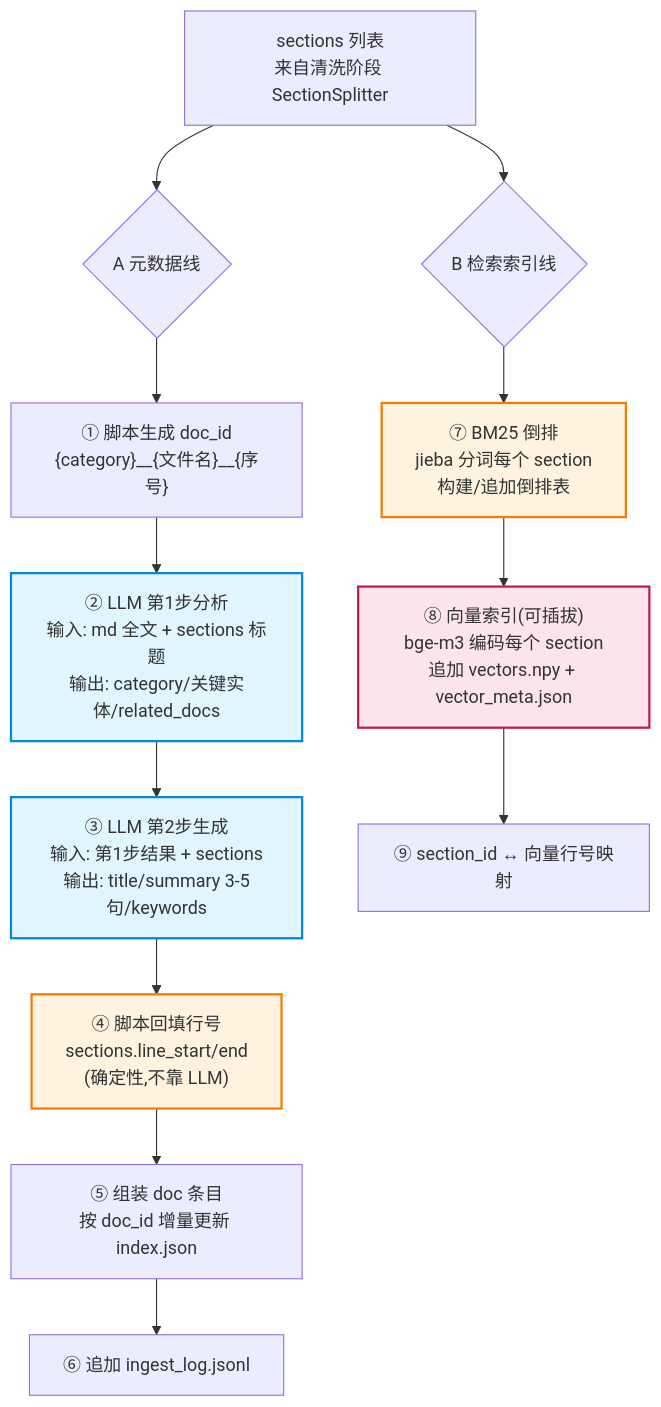
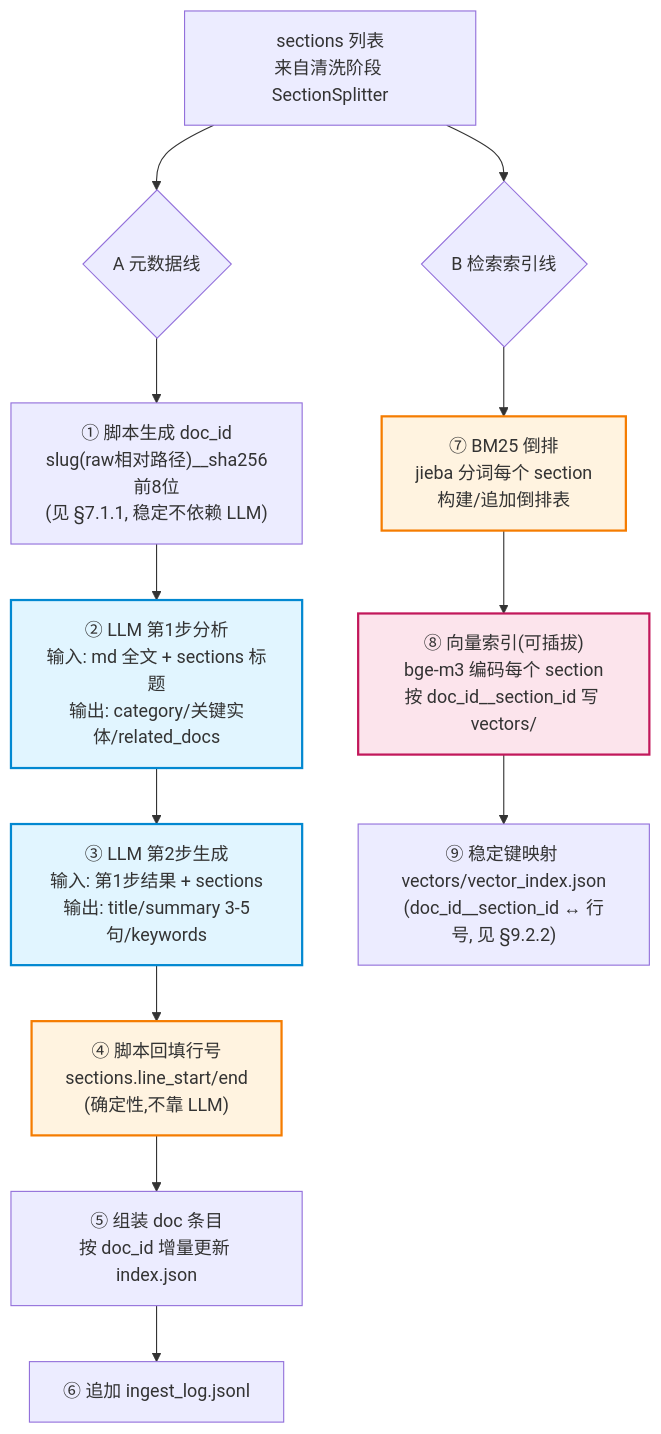
One commit to Laughingtt/kb-retrieval-sys changed the fifth of 8 diagrams in docs/superpowers/specs/2026-07-30-p0-self-updating-kb-platform-design.md. Above: the diagram before and after it, drawn with Mermaid. The commit also changed other lines of this file and 2 other files, not shown here.

````diff
--- a/docs/superpowers/specs/2026-07-30-p0-self-updating-kb-platform-design.md
+++ b/docs/superpowers/specs/2026-07-30-p0-self-updating-kb-platform-design.md
@@ -458,23 +519,23 @@
 ```mermaid
 flowchart TD
     SEC[sections 列表<br/>来自清洗阶段 SectionSplitter]
     SEC --> A{A 元数据线}
     SEC --> B{B 检索索引线}
 
-    A --> A1["① 脚本生成 doc_id<br/>{category}__{文件名}__{序号}"]
+    A --> A1["① 脚本生成 doc_id<br/>slug(raw相对路径)__sha256前8位<br/>(见 §7.1.1, 稳定不依赖 LLM)"]
     A1 --> A2["② LLM 第1步分析<br/>输入: md 全文 + sections 标题<br/>输出: category/关键实体/related_docs"]
     A2 --> A3["③ LLM 第2步生成<br/>输入: 第1步结果 + sections<br/>输出: title/summary 3-5句/keywords"]
     A3 --> A4["④ 脚本回填行号<br/>sections.line_start/end<br/>(确定性,不靠 LLM)"]
     A4 --> A5["⑤ 组装 doc 条目<br/>按 doc_id 增量更新 index.json"]
     A5 --> A6["⑥ 追加 ingest_log.jsonl"]
 
     B --> B1["⑦ BM25 倒排<br/>jieba 分词每个 section<br/>构建/追加倒排表"]
-    B1 --> B2["⑧ 向量索引(可插拔)<br/>bge-m3 编码每个 section<br/>追加 vectors.npy + vector_meta.json"]
-    B2 --> B3["⑨ section_id ↔ 向量行号映射"]
+    B1 --> B2["⑧ 向量索引(可插拔)<br/>bge-m3 编码每个 section<br/>按 doc_id__section_id 写 vectors/"]
+    B2 --> B3["⑨ 稳定键映射 vectors/vector_index.json<br/>(doc_id__section_id ↔ 行号, 见 §9.2.2)"]
 
     style A2 fill:#e1f5ff,stroke:#0288d1,stroke-width:2px
     style A3 fill:#e1f5ff,stroke:#0288d1,stroke-width:2px
     style A4 fill:#fff3e0,stroke:#f57c00,stroke-width:2px
     style B1 fill:#fff3e0,stroke:#f57c00,stroke-width:2px
     style B2 fill:#fce4ec,stroke:#c2185b,stroke-width:2px
 ```
````
